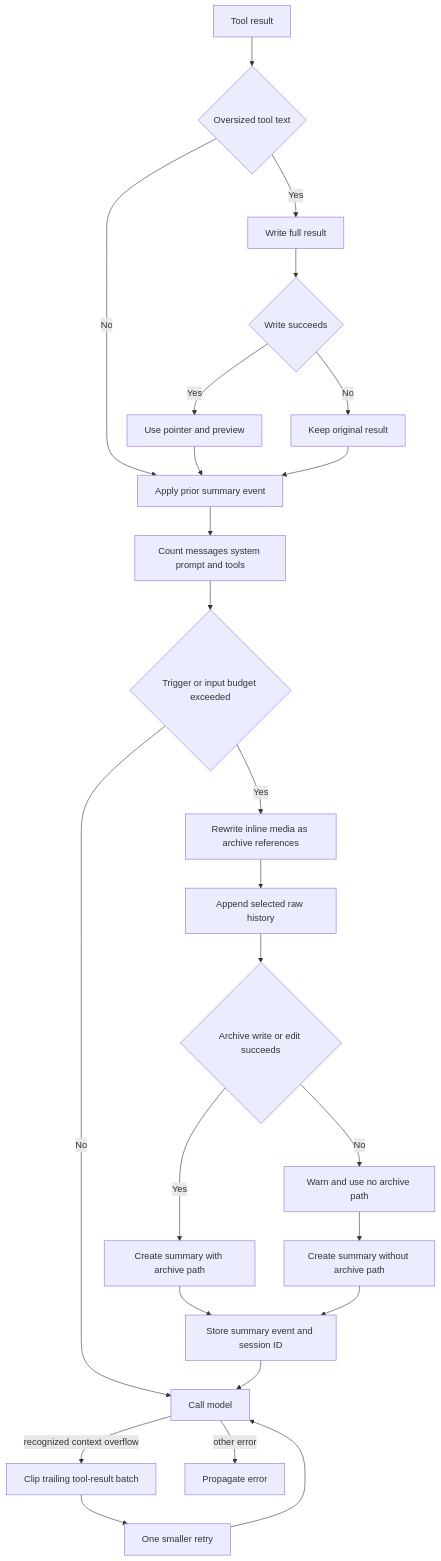
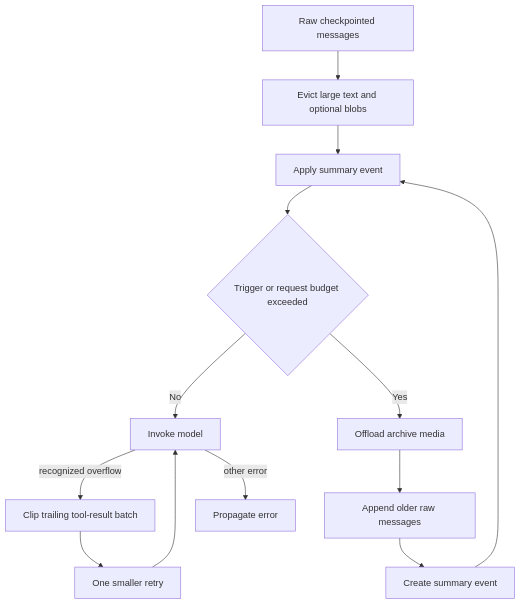
One commit to langchain-ai/deepagents changed the diagram in openwiki/concepts/context-management.md. Above: the diagram before and after it, drawn with Mermaid. The commit also changed other lines of this file and 67 other files, not shown here.

````diff
--- a/openwiki/concepts/context-management.md
+++ b/openwiki/concepts/context-management.md
@@ -42,27 +58,15 @@
 ```mermaid
 flowchart TD
-    ToolResult["Tool result"] --> ToolSize{"Oversized tool text"}
-    ToolSize -->|No| Effective["Apply prior summary event"]
-    ToolSize -->|Yes| ToolWrite["Write full result"]
-    ToolWrite --> ToolStored{"Write succeeds"}
-    ToolStored -->|Yes| ToolPreview["Use pointer and preview"]
-    ToolStored -->|No| ToolOriginal["Keep original result"]
-    ToolPreview --> Effective
-    ToolOriginal --> Effective
-    Effective --> Count["Count messages system prompt and tools"]
-    Count --> Trigger{"Trigger or input budget exceeded"}
-    Trigger -->|No| Invoke["Call model"]
-    Trigger -->|Yes| Media["Rewrite inline media as archive references"]
-    Media --> Archive["Append selected raw history"]
-    Archive --> ArchiveStored{"Archive write or edit succeeds"}
-    ArchiveStored -->|Yes| Summary["Create summary with archive path"]
-    ArchiveStored -->|No| NoArchive["Warn and use no archive path"]
-    NoArchive --> SummaryNoPath["Create summary without archive path"]
-    Summary --> Event["Store summary event and session ID"]
-    SummaryNoPath --> Event
-    Event --> Invoke
-    Invoke -->|"recognized context overflow"| Recover["Clip trailing tool-result batch"]
-    Recover --> Retry["One smaller retry"]
-    Retry --> Invoke
-    Invoke -->|"other error"| Error["Propagate error"]
+    Raw["Raw checkpointed messages"] --> Evict["Evict large text and optional blobs"]
+    Evict --> Effective["Apply summary event"]
+    Effective --> Budget{"Trigger or request budget exceeded"}
+    Budget -->|No| Model["Invoke model"]
+    Budget -->|Yes| Media["Offload archive media"]
+    Media --> Archive["Append older raw messages"]
+    Archive --> Summary["Create summary event"]
+    Summary --> Effective
+    Model -->|"recognized overflow"| Clip["Clip trailing tool-result batch"]
+    Clip --> Retry["One smaller retry"]
+    Retry --> Model
+    Model -->|"other error"| Raise["Propagate error"]
 ```
````
